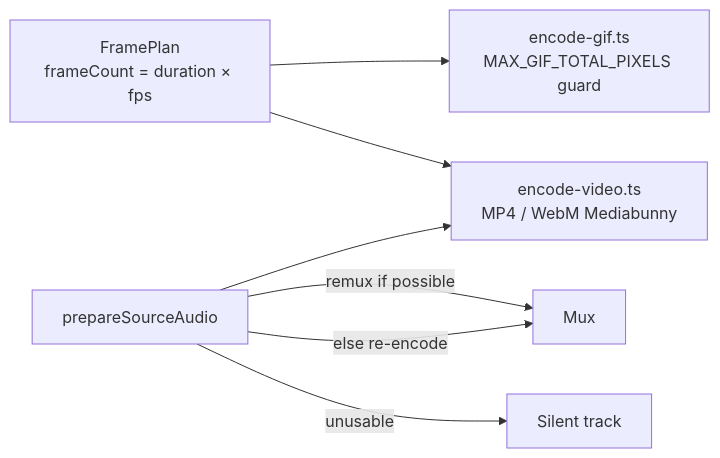
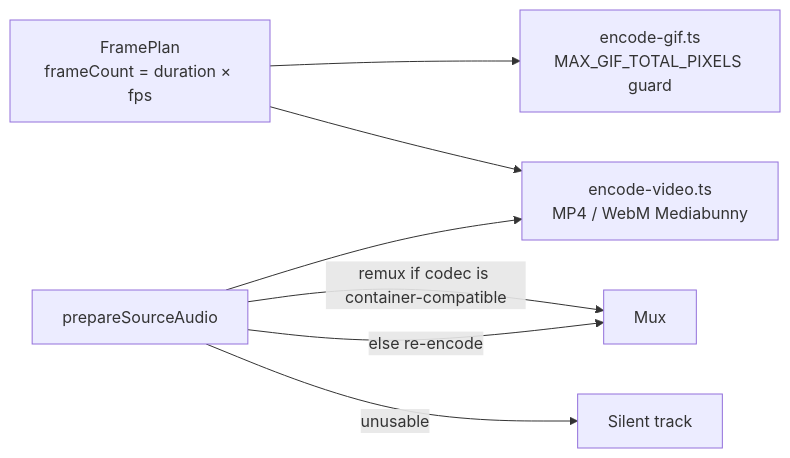
Before and after one commit to ShivaBhattacharjee/Tokokino: the fifth of 5 diagrams in wiki/core/video-export.md, drawn with Mermaid. The commit also changed other lines of this file and 1 other file, not shown here.

First line of the commit message:
docs(wiki): record the media buffer scale and audio codec narrowing

````diff
--- a/wiki/core/video-export.md
+++ b/wiki/core/video-export.md
@@ -178,9 +181,9 @@
 ```mermaid
 flowchart LR
   PLAN["FramePlan<br/>frameCount = duration × fps"] --> GIF["encode-gif.ts<br/>MAX_GIF_TOTAL_PIXELS guard"]
   PLAN --> VID["encode-video.ts<br/>MP4 / WebM Mediabunny"]
   AUD["prepareSourceAudio"] --> VID
-  AUD -->|"remux if possible"| MUX["Mux"]
+  AUD -->|"remux if codec is container-compatible"| MUX["Mux"]
   AUD -->|"else re-encode"| MUX
   AUD -->|"unusable"| SILENT["Silent track"]
 ```
````
